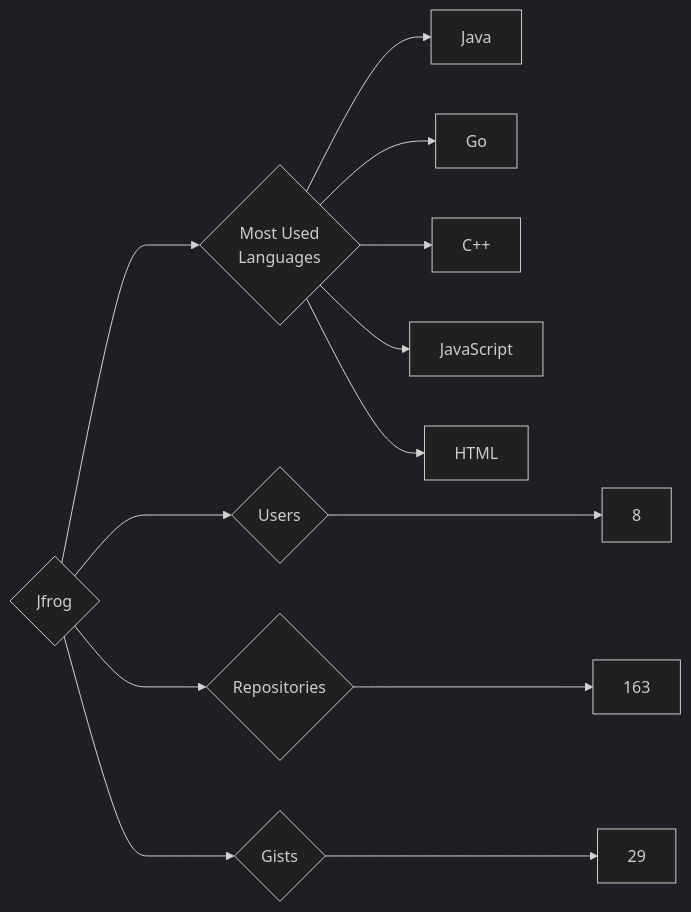
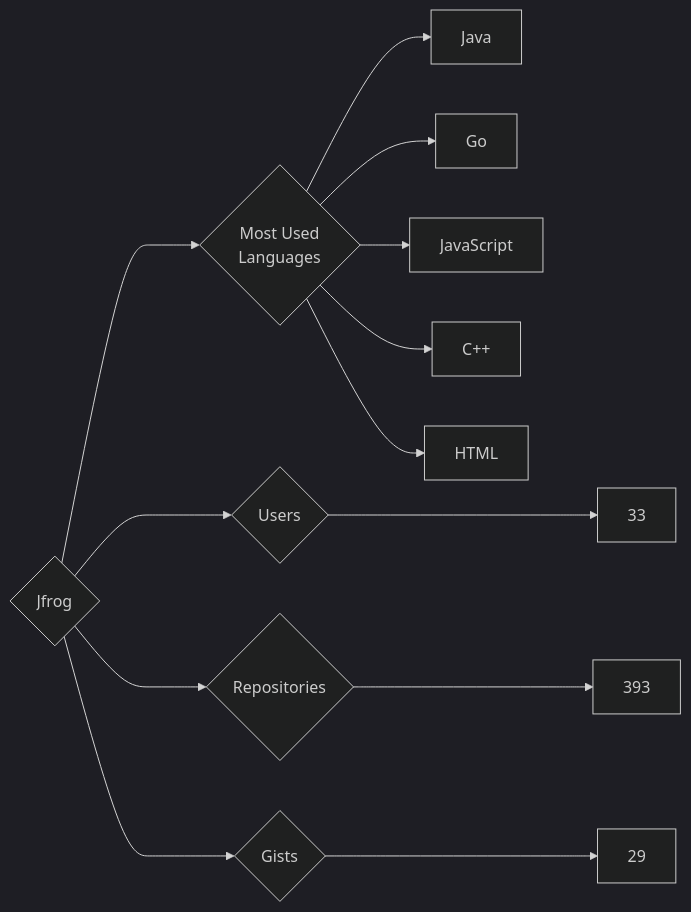
One commit to trickest/insiders changed the diagram in targets/Jfrog/README.md. Above: the diagram before and after it, drawn with Mermaid (dark theme). The commit also changed 681 other files, not shown here.

````diff
--- a/targets/Jfrog/README.md
+++ b/targets/Jfrog/README.md
@@ -3,13 +3,13 @@
 ```mermaid
 graph LR
 COMPANY_NAME{Jfrog}
-COMPANY_NAME ---> U{Users} ---> UN[8]
-COMPANY_NAME ---> R{Repositories} ---> RN[163]
+COMPANY_NAME ---> U{Users} ---> UN[33]
+COMPANY_NAME ---> R{Repositories} ---> RN[393]
 COMPANY_NAME ---> G{Gists} ---> GN[29]
 COMPANY_NAME ---> ML{Most Used<br>Languages}
 ML --> Java[Java]
 ML --> Go[Go]
+ML --> JavaScript[JavaScript]
 ML --> C++[C++]
-ML --> JavaScript[JavaScript]
 ML --> HTML[HTML]
 ```
````
